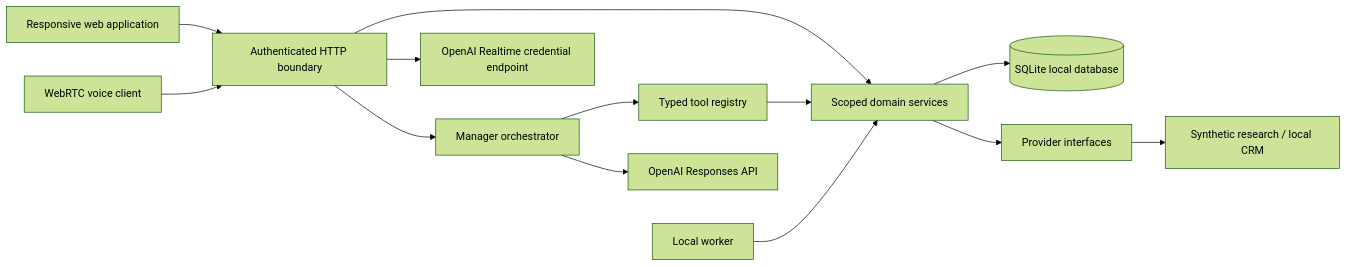
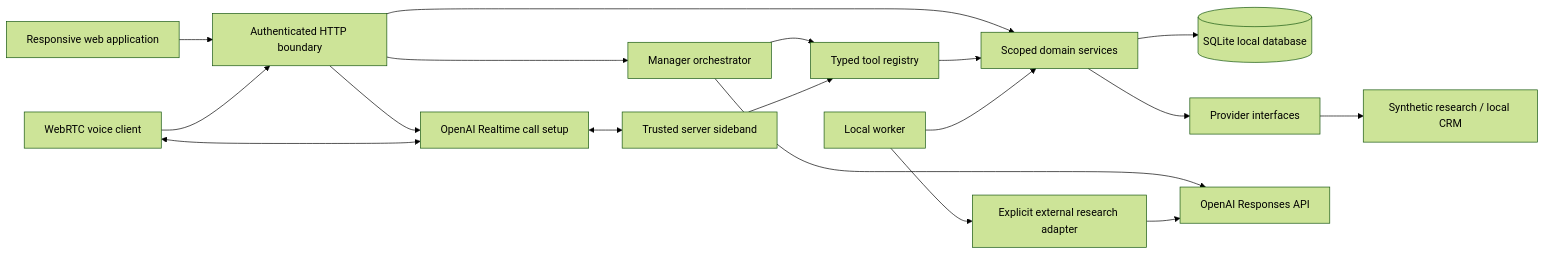
Before and after one commit to TailoredAgents/AgentdeskNW: the diagram in docs/SYSTEM_ARCHITECTURE.md, drawn with Mermaid (forest theme). The commit also changed other lines of this file and 46 other files, not shown here.

Commit message:
Implement Phase 4 bounded AI, trusted voice, and external research

````diff
--- a/docs/SYSTEM_ARCHITECTURE.md
+++ b/docs/SYSTEM_ARCHITECTURE.md
@@ -5,15 +5,20 @@
 ```mermaid
 flowchart LR
   Web[Responsive web application] --> API[Authenticated HTTP boundary]
   Voice[WebRTC voice client] --> API
   API --> Copilot[Manager orchestrator]
   API --> Services[Scoped domain services]
   Copilot --> Tools[Typed tool registry]
   Tools --> Services
   Services --> DB[(SQLite local database)]
   Worker[Local worker] --> Services
   Services --> Providers[Provider interfaces]
   Providers --> Demo[Synthetic research / local CRM]
   Copilot --> Responses[OpenAI Responses API]
-  API --> Realtime[OpenAI Realtime credential endpoint]
+  API --> Realtime[OpenAI Realtime call setup]
+  Voice <--> Realtime
+  Realtime <--> Sideband[Trusted server sideband]
+  Sideband --> Tools
+  Worker --> Research[Explicit external research adapter]
+  Research --> Responses
 ```
````
